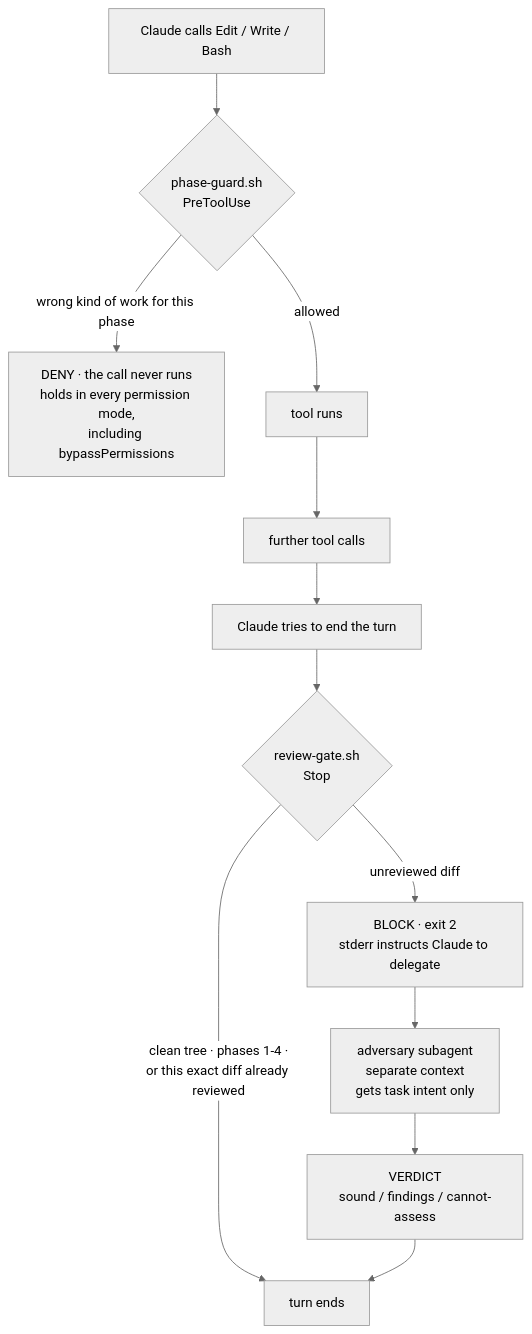
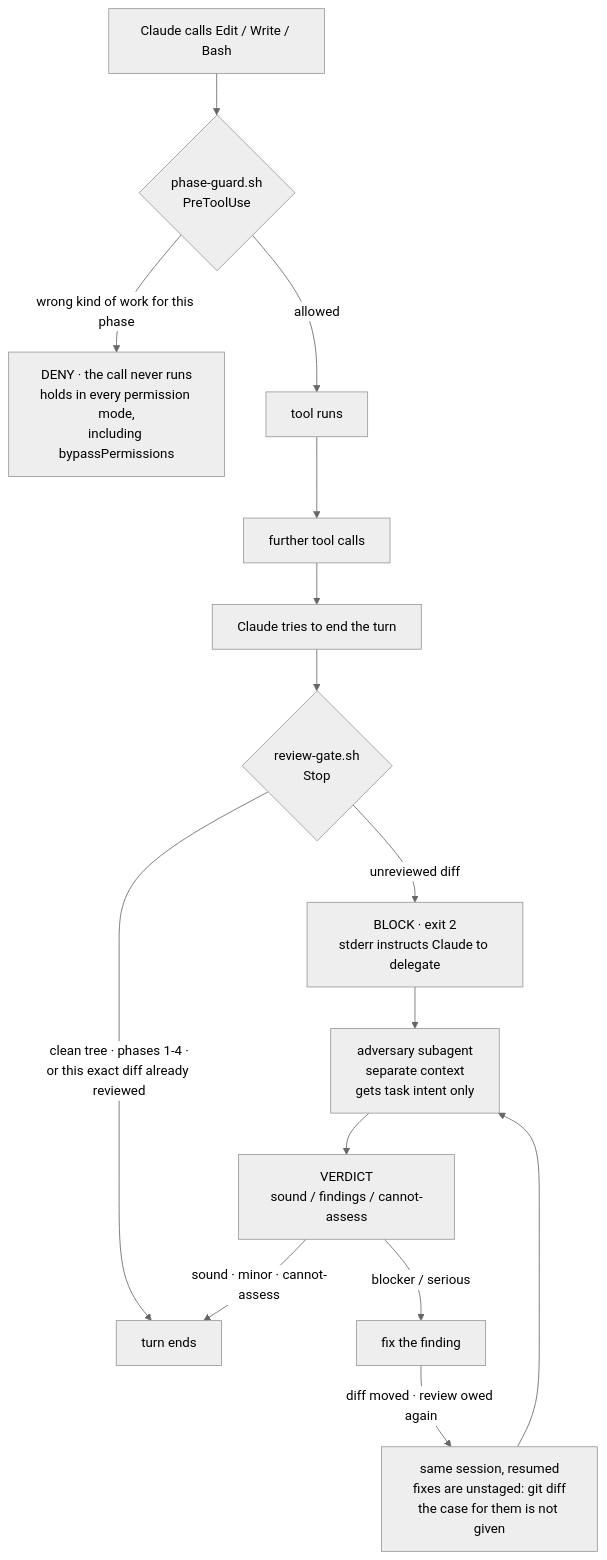
The second of 2 diagrams in spec-gate/README.md (Vavly/skills), drawn with Mermaid (neutral theme) before and after one commit. The commit also changed other lines of this file and 9 other files, not shown here.

````diff
--- a/spec-gate/README.md
+++ b/spec-gate/README.md
@@ -454,14 +641,17 @@
 ```mermaid
 flowchart TD
     C["Claude calls Edit / Write / Bash"] --> G{"phase-guard.sh<br/>PreToolUse"}
     G -->|"wrong kind of work for this phase"| DENY["DENY · the call never runs<br/>holds in every permission mode,<br/>including bypassPermissions"]
     G -->|"allowed"| RUN["tool runs"]
     RUN --> LOOP["further tool calls"]
     LOOP --> STOP["Claude tries to end the turn"]
     STOP --> RG{"review-gate.sh<br/>Stop"}
     RG -->|"clean tree · phases 1-4 ·<br/>or this exact diff already reviewed"| DONE["turn ends"]
     RG -->|"unreviewed diff"| BLOCK["BLOCK · exit 2<br/>stderr instructs Claude to delegate"]
     BLOCK --> ADV["adversary subagent<br/>separate context<br/>gets task intent only"]
     ADV --> V["VERDICT<br/>sound / findings / cannot-assess"]
-    V --> DONE
+    V -->|"blocker / serious"| FIX["fix the finding"]
+    FIX -->|"diff moved · review owed again"| RESUME["same session, resumed<br/>fixes are unstaged: git diff<br/>the case for them is not given"]
+    RESUME --> ADV
+    V -->|"sound · minor · cannot-assess"| DONE
 ```
````
